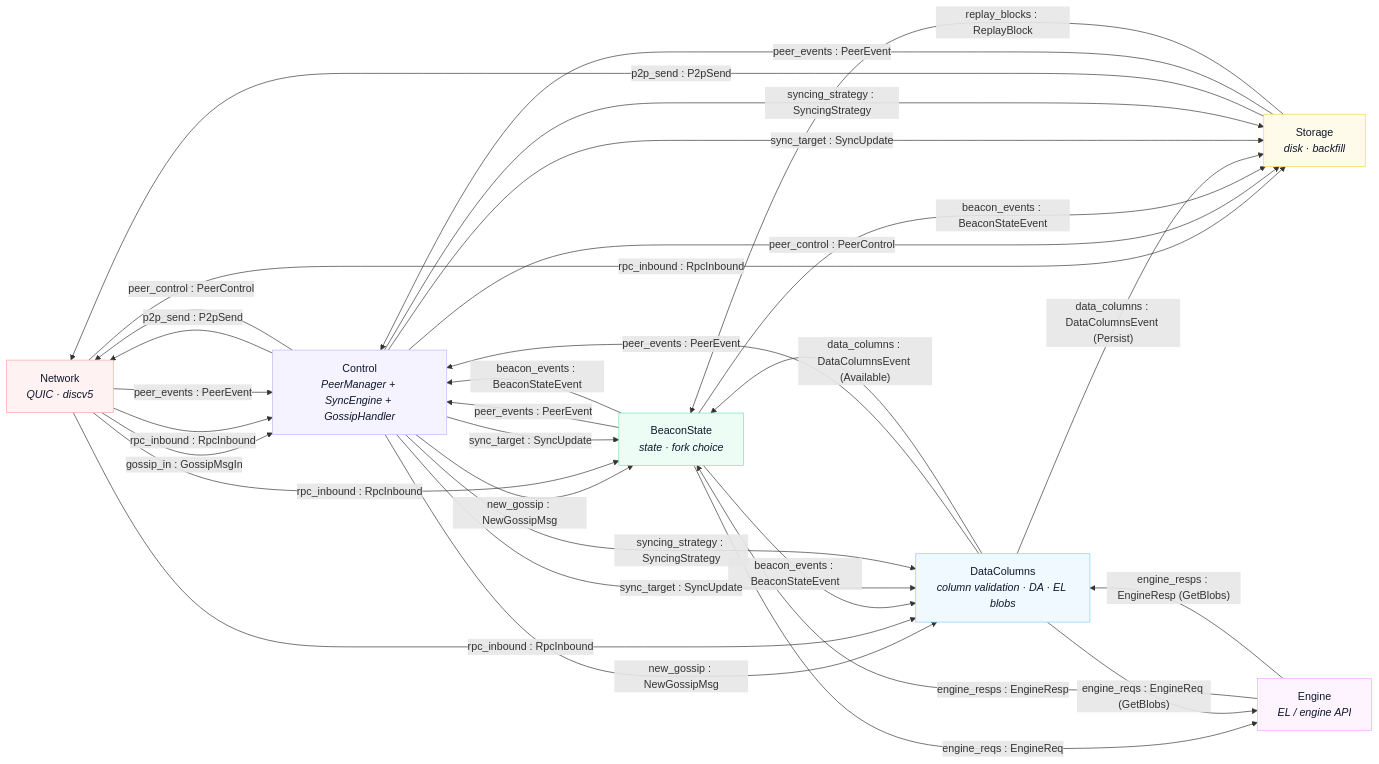
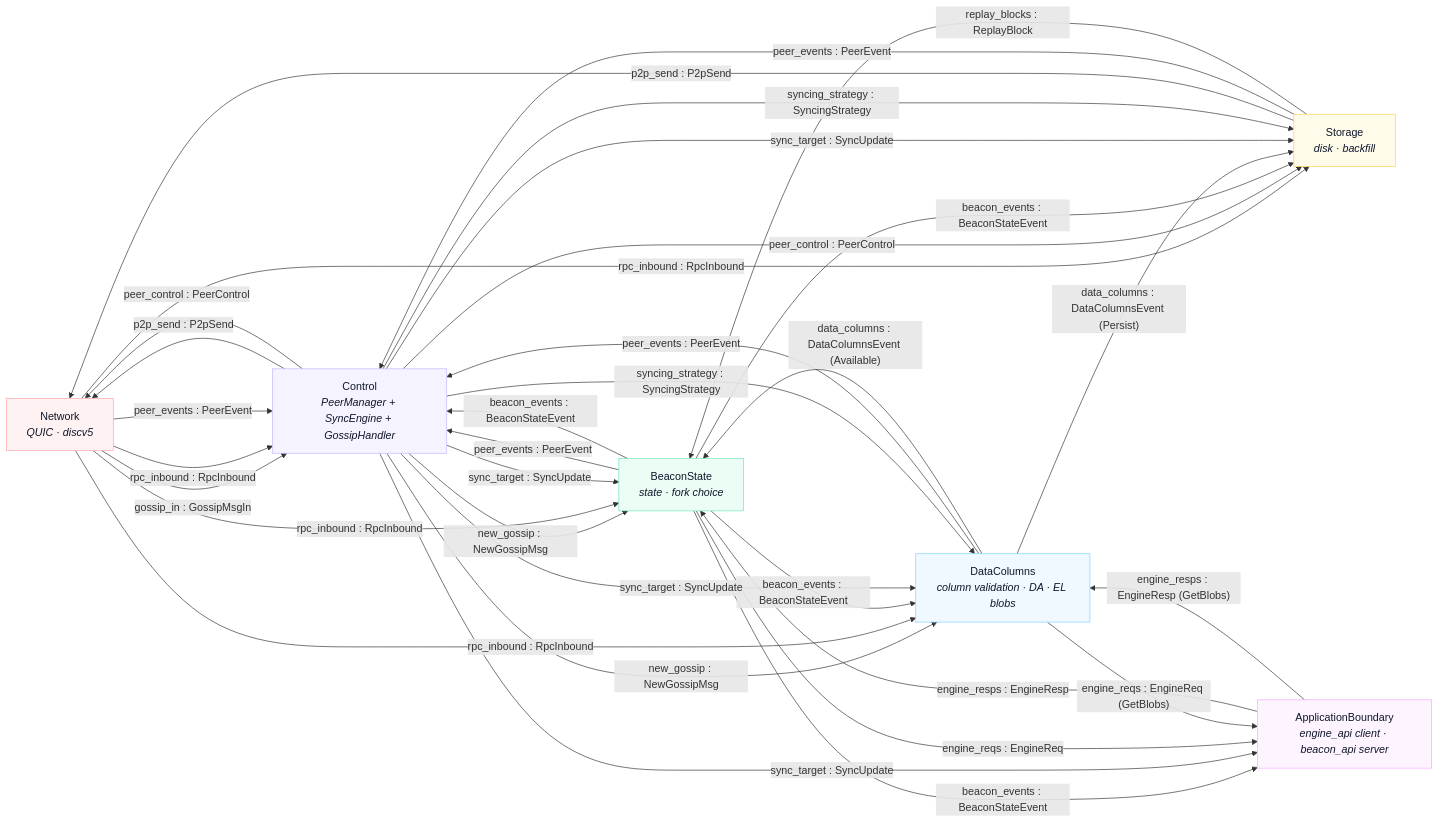
One commit to gattaca-com/silver changed the diagram in docs/spine-message-flow.md. Above: the diagram before and after it, drawn with Mermaid. The commit also changed other lines of this file and 74 other files, not shown here.

First line of the commit message:
adds beacon api (#81)

````diff
--- a/docs/spine-message-flow.md
+++ b/docs/spine-message-flow.md
@@ -14,59 +15,61 @@
 ```mermaid
 flowchart LR
   NET["Network<br/><i>QUIC · discv5</i>"]
   CTL["Control<br/><i>PeerManager + SyncEngine + GossipHandler</i>"]
   BS["BeaconState<br/><i>state · fork choice</i>"]
   ST["Storage<br/><i>disk · backfill</i>"]
-  EN["Engine<br/><i>EL / engine API</i>"]
+  EN["ApplicationBoundary<br/><i>engine_api client · beacon_api server</i>"]
   DC["DataColumns<br/><i>column validation · DA · EL blobs</i>"]
 
   %% ---- inbound ----
   NET -->|gossip_in : GossipMsgIn| CTL
   CTL -->|new_gossip : NewGossipMsg| BS
   CTL -->|new_gossip : NewGossipMsg| DC
   NET -->|rpc_inbound : RpcInbound| CTL
   NET -->|rpc_inbound : RpcInbound| BS
   NET -->|rpc_inbound : RpcInbound| ST
   NET -->|rpc_inbound : RpcInbound| DC
 
   %% ---- outbound ----
   CTL -->|p2p_send : P2pSend| NET
   ST  -->|p2p_send : P2pSend| NET
 
   %% ---- peer management ----
   NET -->|peer_events : PeerEvent| CTL
   ST  -->|peer_events : PeerEvent| CTL
   BS  -->|peer_events : PeerEvent| CTL
   DC  -->|peer_events : PeerEvent| CTL
   CTL -->|peer_control : PeerControl| NET
   CTL -->|peer_control : PeerControl| ST
 
   %% ---- chain state & DA ----
   BS -->|beacon_events : BeaconStateEvent| CTL
   BS -->|beacon_events : BeaconStateEvent| ST
   BS -->|beacon_events : BeaconStateEvent| DC
+  BS -->|beacon_events : BeaconStateEvent| EN
   DC -->|"data_columns : DataColumnsEvent (Available)"| BS
   DC -->|"data_columns : DataColumnsEvent (Persist)"| ST
   ST -->|replay_blocks : ReplayBlock| BS
 
   %% ---- sync control ----
   CTL -->|sync_target : SyncUpdate| BS
   CTL -->|sync_target : SyncUpdate| ST
   CTL -->|sync_target : SyncUpdate| DC
+  CTL -->|sync_target : SyncUpdate| EN
   CTL -->|syncing_strategy : SyncingStrategy| ST
   CTL -->|syncing_strategy : SyncingStrategy| DC
 
   %% ---- engine / EL ----
   BS -->|engine_reqs : EngineReq| EN
   DC -->|"engine_reqs : EngineReq (GetBlobs)"| EN
   EN -->|engine_resps : EngineResp| BS
   EN -->|"engine_resps : EngineResp (GetBlobs)"| DC
 
   classDef net fill:#fef2f2,stroke:#fca5a5,color:#0f172a;
   classDef ctl fill:#f5f3ff,stroke:#c4b5fd,color:#0f172a;
   classDef bs  fill:#ecfdf5,stroke:#6ee7b7,color:#0f172a;
   classDef st  fill:#fffbeb,stroke:#fcd34d,color:#0f172a;
   classDef en  fill:#fdf4ff,stroke:#f0abfc,color:#0f172a;
   classDef dc  fill:#f0f9ff,stroke:#7dd3fc,color:#0f172a;
   class NET net; class CTL ctl; class BS bs; class ST st; class EN en; class DC dc;
 ```
````
